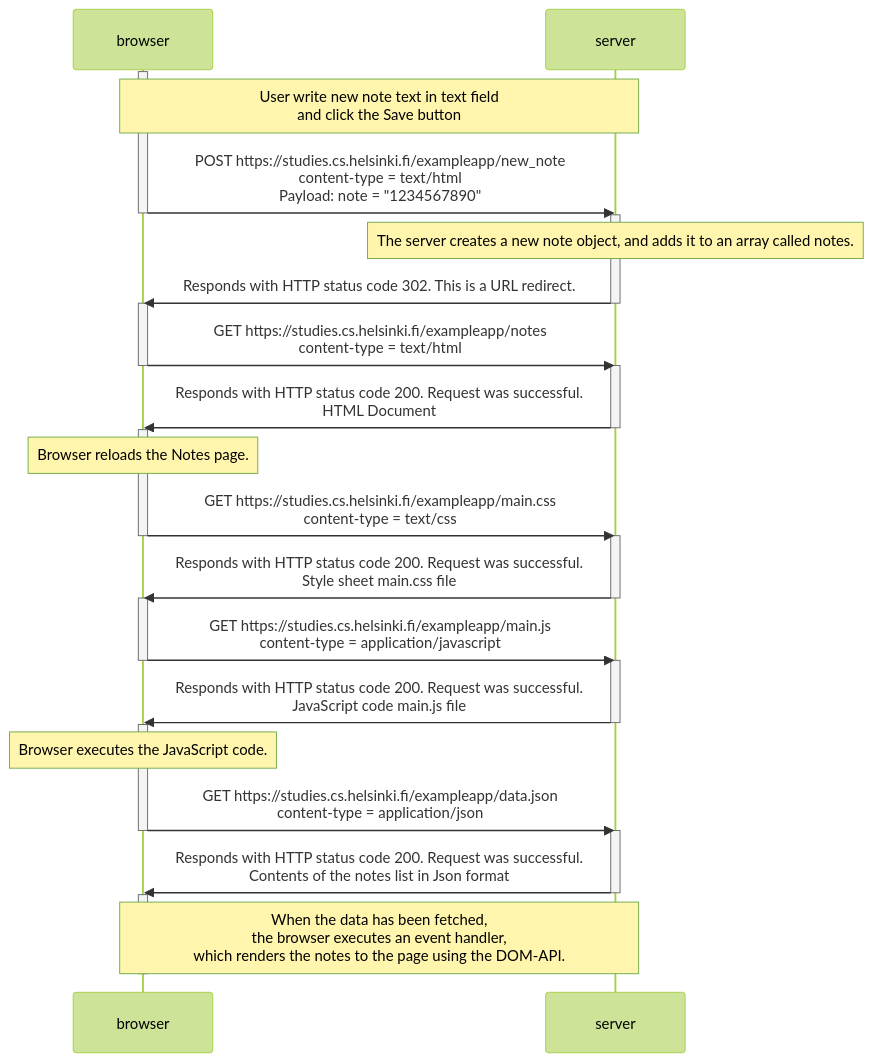
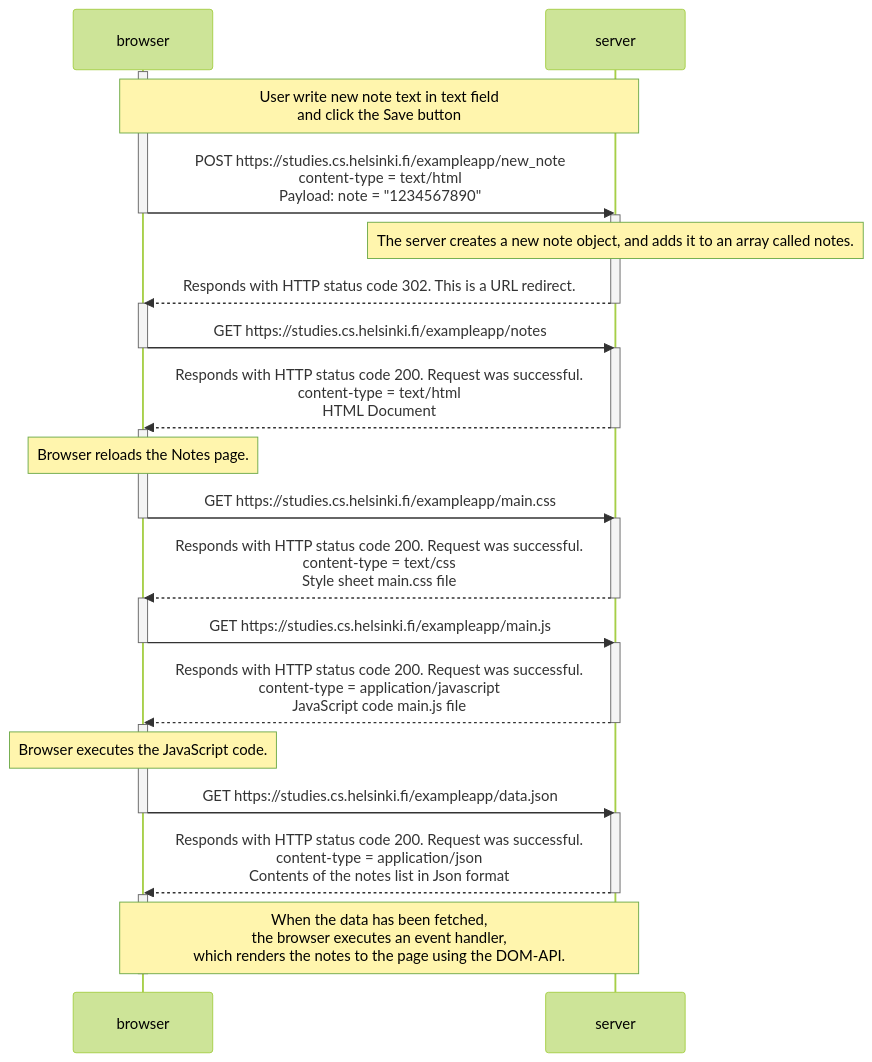
Before and after one commit to amoskovskij/fullstackopen: the diagram in part0/0.4 New note diagram/0.4 New note diagram.mmd, drawn with Mermaid (forest theme).

Commit message:
Update 0.4 New note diagram.mmd
Bug fixes

```diff
--- a/part0/0.4 New note diagram/0.4 New note diagram.mmd
+++ b/part0/0.4 New note diagram/0.4 New note diagram.mmd
@@ -1,40 +1,40 @@
 sequenceDiagram
     participant browser
     participant server
     activate browser
     Note over browser, server: User write new note text in text field<br>and click the Save button
     browser->>server: POST https://studies.cs.helsinki.fi/exampleapp/new_note<br>content-type = text/html<br>Payload: note = "1234567890"
     deactivate browser
     activate server
     Note over server: The server creates a new note object, and adds it to an array called notes.
-    server->>browser: Responds with HTTP status code 302. This is a URL redirect.
+    server-->>browser: Responds with HTTP status code 302. This is a URL redirect.
     deactivate server
     activate browser
-    browser->>server: GET https://studies.cs.helsinki.fi/exampleapp/notes<br>content-type = text/html
+    browser->>server: GET https://studies.cs.helsinki.fi/exampleapp/notes
     deactivate browser
     activate server
-    server->>browser: Responds with HTTP status code 200. Request was successful.<br>HTML Document
+    server-->>browser: Responds with HTTP status code 200. Request was successful.<br>content-type = text/html<br>HTML Document
     deactivate server
     activate browser
     Note over browser: Browser reloads the Notes page.
-    browser->>server: GET https://studies.cs.helsinki.fi/exampleapp/main.css<br>content-type = text/css
+    browser->>server: GET https://studies.cs.helsinki.fi/exampleapp/main.css
     deactivate browser
     activate server
-    server->>browser: Responds with HTTP status code 200. Request was successful.<br>Style sheet main.css file
+    server-->>browser: Responds with HTTP status code 200. Request was successful.<br>content-type = text/css<br>Style sheet main.css file
     deactivate server
     activate browser
-    browser->>server: GET https://studies.cs.helsinki.fi/exampleapp/main.js<br>content-type = application/javascript
+    browser->>server: GET https://studies.cs.helsinki.fi/exampleapp/main.js
     deactivate browser
     activate server
-    server->>browser: Responds with HTTP status code 200. Request was successful.<br>JavaScript code main.js file
+    server-->>browser: Responds with HTTP status code 200. Request was successful.<br>content-type = application/javascript<br>JavaScript code main.js file
     deactivate server
     activate browser
     Note over browser: Browser executes the JavaScript code.
-    browser->>server: GET https://studies.cs.helsinki.fi/exampleapp/data.json<br>content-type = application/json
+    browser->>server: GET https://studies.cs.helsinki.fi/exampleapp/data.json
     deactivate browser
     activate server
-    server->>browser: Responds with HTTP status code 200. Request was successful.<br>Contents of the notes list in Json format
+    server-->>browser: Responds with HTTP status code 200. Request was successful.<br>content-type = application/json<br>Contents of the notes list in Json format
     deactivate server
     activate browser
     Note over browser, server: When the data has been fetched,<br>the browser executes an event handler,<br>which renders the notes to the page using the DOM-API.
     deactivate browser
```
